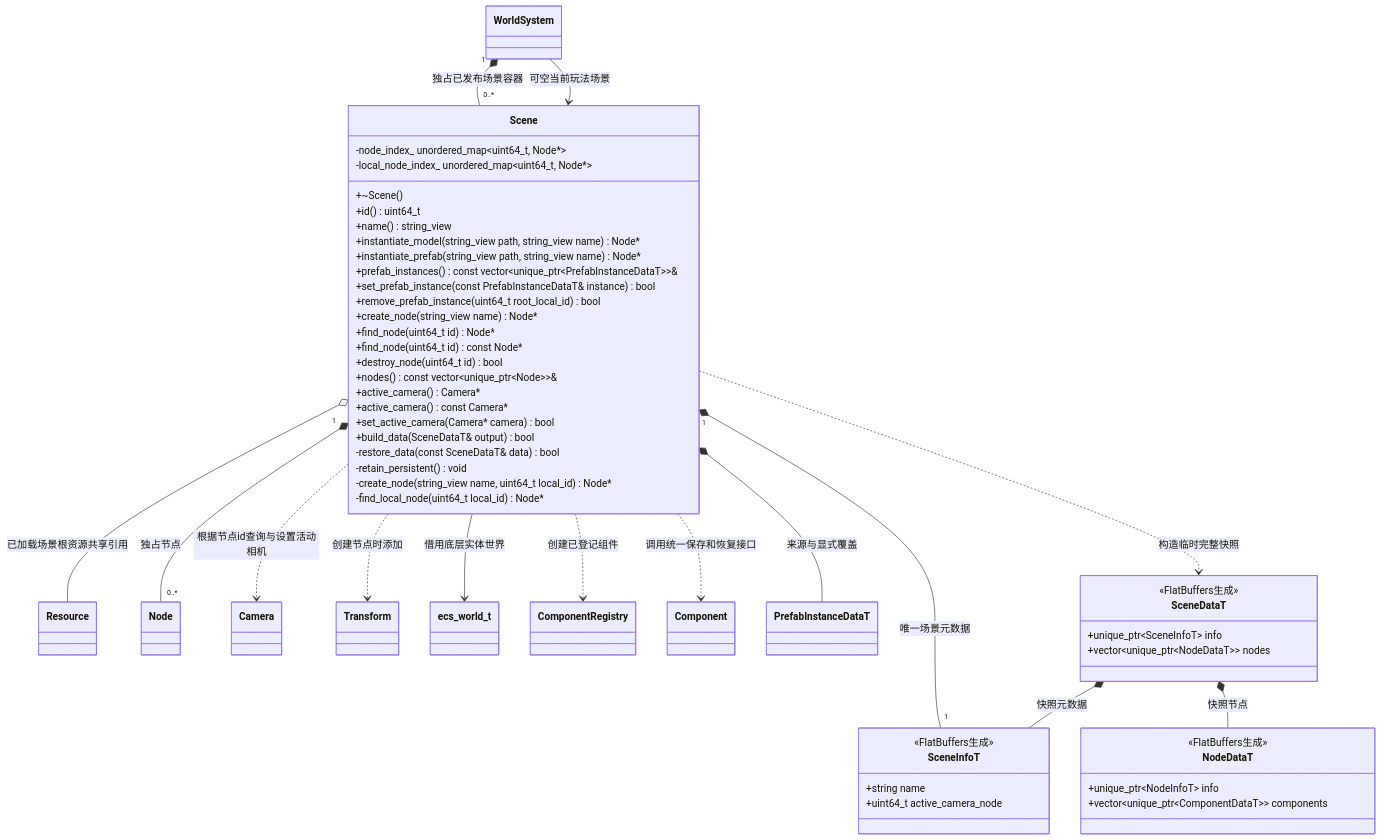
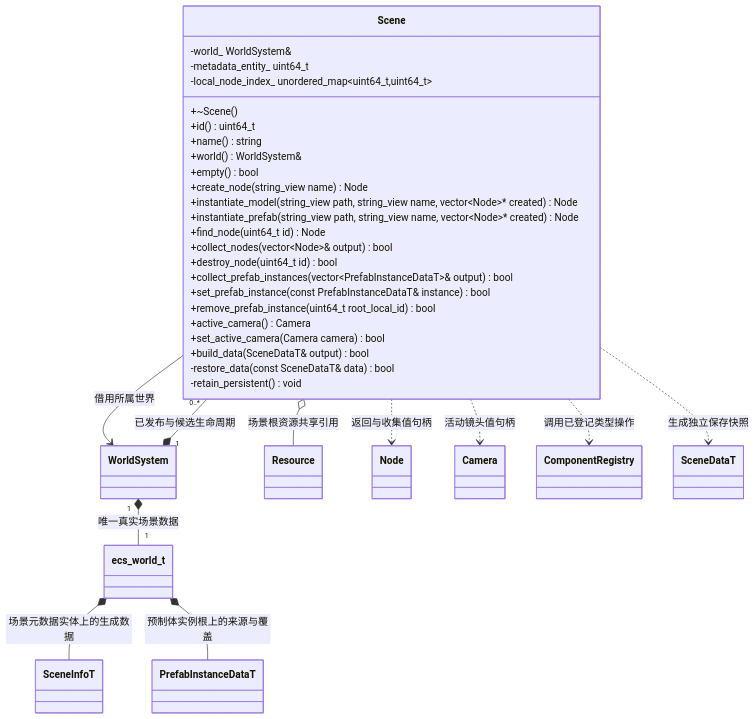
The diagram in docs/runtime/class-diagrams/scene.md (lcals/Engine), drawn with Mermaid before and after one commit. The commit also changed other lines of this file and 291 other files, not shown here.

Commit message:
Migrate scene data to ECS and add rendering quality controls

````diff
--- a/docs/runtime/class-diagrams/scene.md
+++ b/docs/runtime/class-diagrams/scene.md
@@ -7,66 +7,46 @@
 ```mermaid
 classDiagram
     class Scene {
         +~Scene()
         +id() uint64_t
-        +name() string_view
-        +instantiate_model(string_view path, string_view name) Node#42;
-        +instantiate_prefab(string_view path, string_view name) Node#42;
-        +prefab_instances() const vector~unique_ptr~PrefabInstanceDataT~~&
+        +name() string
+        +world() WorldSystem&
+        +empty() bool
+        +create_node(string_view name) Node
+        +instantiate_model(string_view path, string_view name, vector~Node~#42; created) Node
+        +instantiate_prefab(string_view path, string_view name, vector~Node~#42; created) Node
+        +find_node(uint64_t id) Node
+        +collect_nodes(vector~Node~& output) bool
+        +destroy_node(uint64_t id) bool
+        +collect_prefab_instances(vector~PrefabInstanceDataT~& output) bool
         +set_prefab_instance(const PrefabInstanceDataT& instance) bool
         +remove_prefab_instance(uint64_t root_local_id) bool
-        +create_node(string_view name) Node#42;
-        +find_node(uint64_t id) Node#42;
-        +find_node(uint64_t id) const Node#42;
-        +destroy_node(uint64_t id) bool
-        +nodes() const vector~unique_ptr~Node~~&
-        +active_camera() Camera#42;
-        +active_camera() const Camera#42;
-        +set_active_camera(Camera#42; camera) bool
+        +active_camera() Camera
+        +set_active_camera(Camera camera) bool
         +build_data(SceneDataT& output) bool
         -restore_data(const SceneDataT& data) bool
         -retain_persistent() void
-        -create_node(string_view name, uint64_t local_id) Node#42;
-        -node_index_ unordered_map~uint64_t, Node#42;~
-        -local_node_index_ unordered_map~uint64_t, Node#42;~
-        -find_local_node(uint64_t local_id) Node#42;
+        -world_ WorldSystem&
+        -metadata_entity_ uint64_t
+        -local_node_index_ unordered_map~uint64_t,uint64_t~
     }
+    class WorldSystem
+    class ecs_world_t
     class Resource
-    class WorldSystem
     class Node
     class Camera
-    class Transform
-    class ecs_world_t
     class ComponentRegistry
-    class Component
+    class SceneDataT
+    class SceneInfoT
     class PrefabInstanceDataT
-    class SceneInfoT {
-        <<FlatBuffers生成>>
-        +string name
-        +uint64_t active_camera_node
-    }
-    class SceneDataT {
-        <<FlatBuffers生成>>
-        +unique_ptr~SceneInfoT~ info
-        +vector~unique_ptr~NodeDataT~~ nodes
-    }
-    class NodeDataT {
-        <<FlatBuffers生成>>
-        +unique_ptr~NodeInfoT~ info
-        +vector~unique_ptr~ComponentDataT~~ components
-    }
-    WorldSystem "1" *-- "0..*" Scene : 独占已发布场景容器
-    WorldSystem --> Scene : 可空当前玩法场景
-    Scene "1" *-- "0..*" Node : 独占节点
-    Scene o-- Resource : 已加载场景根资源共享引用
-    Scene "1" *-- "1" SceneInfoT : 唯一场景元数据
-    Scene --> ecs_world_t : 借用底层实体世界
-    Scene ..> Camera : 根据节点id查询与设置活动相机
-    Scene ..> Transform : 创建节点时添加
-    Scene ..> SceneDataT : 构造临时完整快照
-    Scene ..> ComponentRegistry : 创建已登记组件
-    Scene ..> Component : 调用统一保存和恢复接口
-    Scene *-- PrefabInstanceDataT : 来源与显式覆盖
-    SceneDataT *-- SceneInfoT : 快照元数据
-    SceneDataT *-- NodeDataT : 快照节点
+    WorldSystem "1" *-- "0..*" Scene : 已发布与候选生命周期
+    WorldSystem "1" *-- "1" ecs_world_t : 唯一真实场景数据
+    Scene --> WorldSystem : 借用所属世界
+    Scene o-- Resource : 场景根资源共享引用
+    Scene ..> Node : 返回与收集值句柄
+    Scene ..> Camera : 活动镜头值句柄
+    Scene ..> SceneDataT : 生成独立保存快照
+    Scene ..> ComponentRegistry : 调用已登记类型操作
+    ecs_world_t *-- SceneInfoT : 场景元数据实体上的生成数据
+    ecs_world_t *-- PrefabInstanceDataT : 预制体实例根上的来源与覆盖
 ```
````
